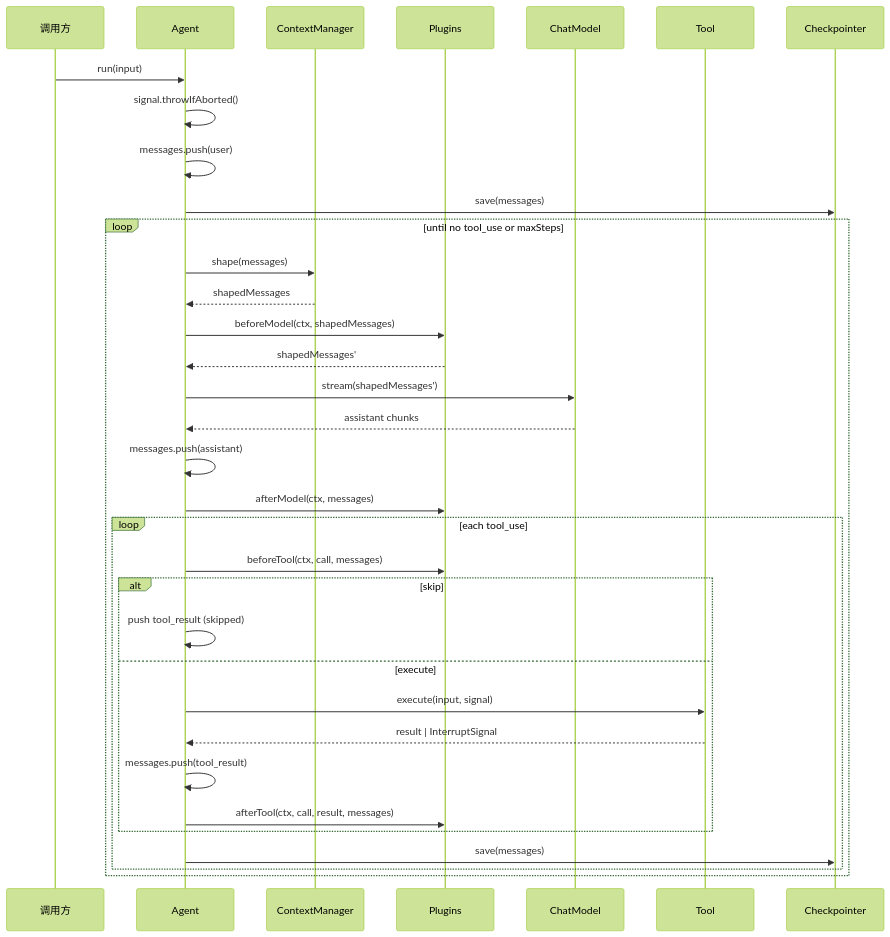
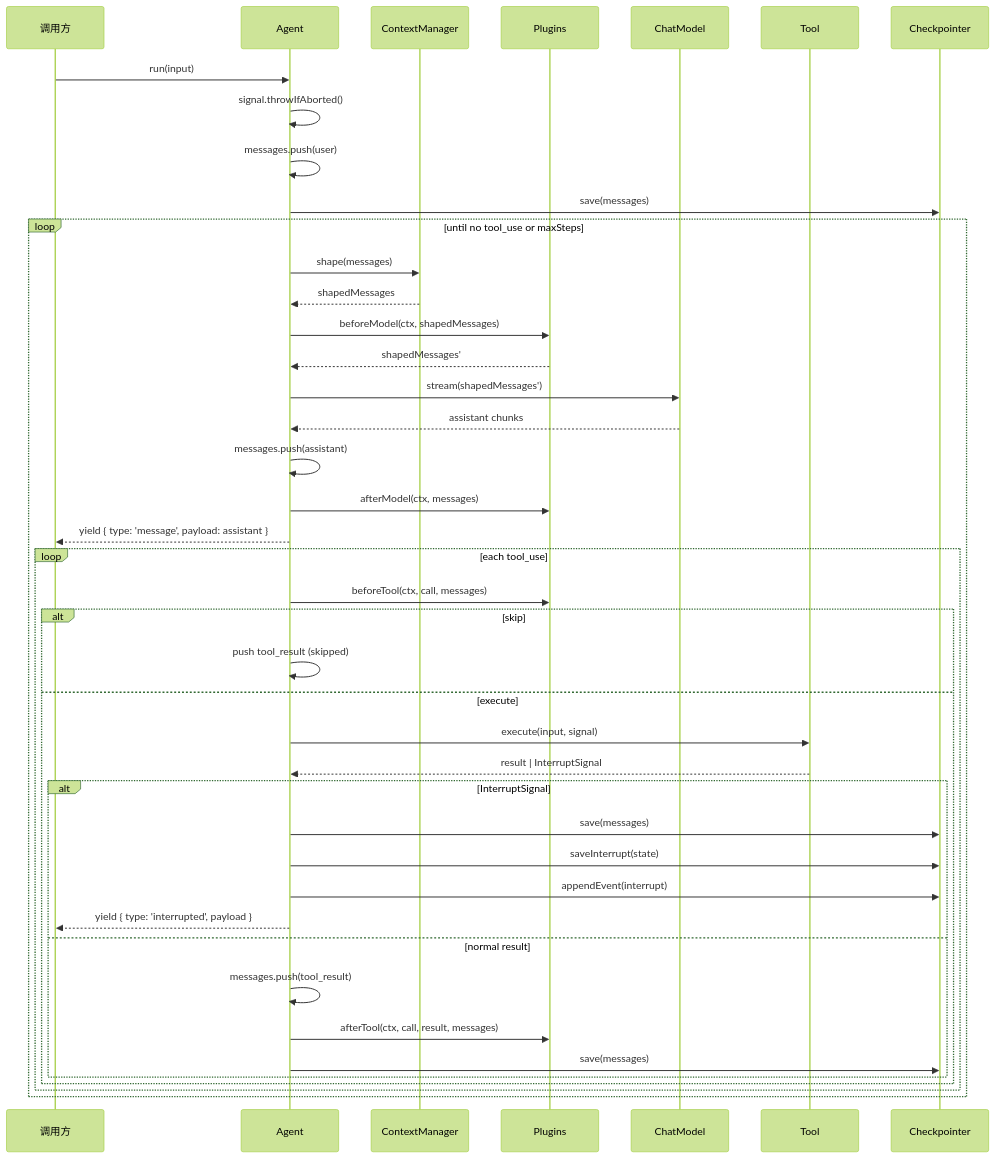
One commit to Chengchcc/my-agent-team changed the diagram in docs/architecture/02-framework.md. Above: the diagram before and after it, drawn with Mermaid (forest theme). The commit also changed other lines of this file and 6 other files, not shown here.

````diff
--- a/docs/architecture/02-framework.md
+++ b/docs/architecture/02-framework.md
@@ -103,37 +150,45 @@
 ```mermaid
 sequenceDiagram
   participant U as 调用方
   participant A as Agent
   participant CM as ContextManager
   participant PG as Plugins
   participant M as ChatModel
   participant T as Tool
   participant CP as Checkpointer
 
   U->>A: run(input)
   A->>A: signal.throwIfAborted()
   A->>A: messages.push(user)
   A->>CP: save(messages)
   loop until no tool_use or maxSteps
     A->>CM: shape(messages)
     CM-->>A: shapedMessages
     A->>PG: beforeModel(ctx, shapedMessages)
     PG-->>A: shapedMessages'
     A->>M: stream(shapedMessages')
     M-->>A: assistant chunks
     A->>A: messages.push(assistant)
     A->>PG: afterModel(ctx, messages)
+    A-->>U: yield { type: 'message', payload: assistant }
     loop each tool_use
       A->>PG: beforeTool(ctx, call, messages)
       alt skip
         A->>A: push tool_result (skipped)
       else execute
         A->>T: execute(input, signal)
         T-->>A: result | InterruptSignal
-        A->>A: messages.push(tool_result)
-        A->>PG: afterTool(ctx, call, result, messages)
+        alt InterruptSignal
+          A->>CP: save(messages)
+          A->>CP: saveInterrupt(state)
+          A->>CP: appendEvent(interrupt)
+          A-->>U: yield { type: 'interrupted', payload }
+        else normal result
+          A->>A: messages.push(tool_result)
+          A->>PG: afterTool(ctx, call, result, messages)
+          A->>CP: save(messages)
+        end
       end
-      A->>CP: save(messages)
     end
   end
 ```
````
